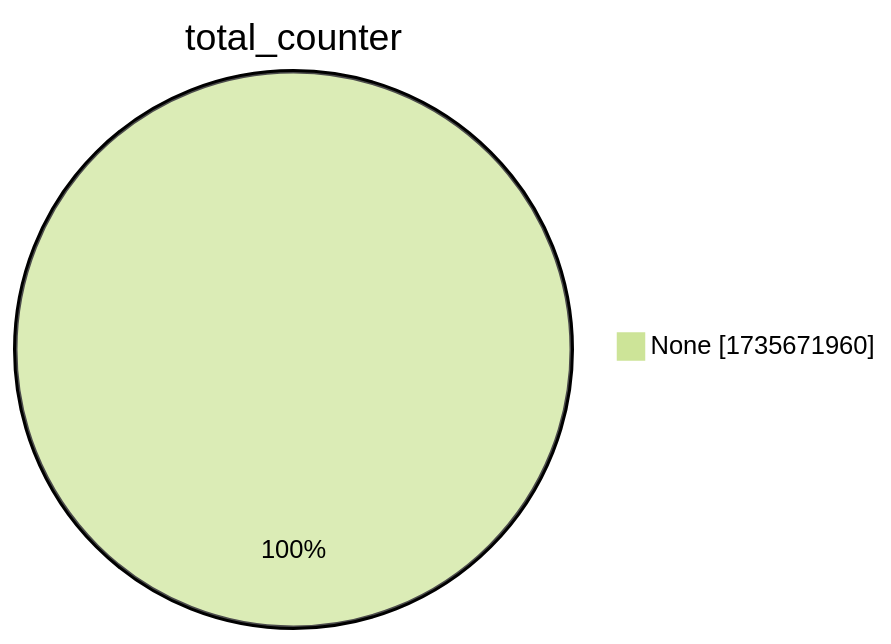
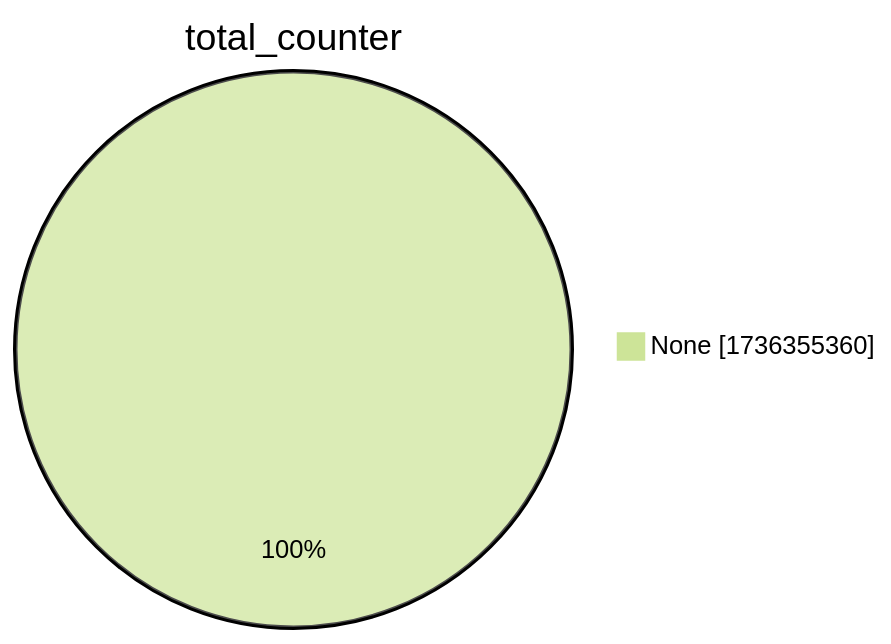
One commit to christiankrug/ctmonitor_visualization changed the second of 15 diagrams in xenon2022/README.md. Above: the diagram before and after it, drawn with Mermaid (forest theme). The commit also changed other lines of this file, not shown here.

````diff
--- a/xenon2022/README.md
+++ b/xenon2022/README.md
@@ -9,5 +9,5 @@
 ```mermaid
 pie showData
 title total_counter
-"None" :1735671960
+"None" :1736355360
 ```
````
